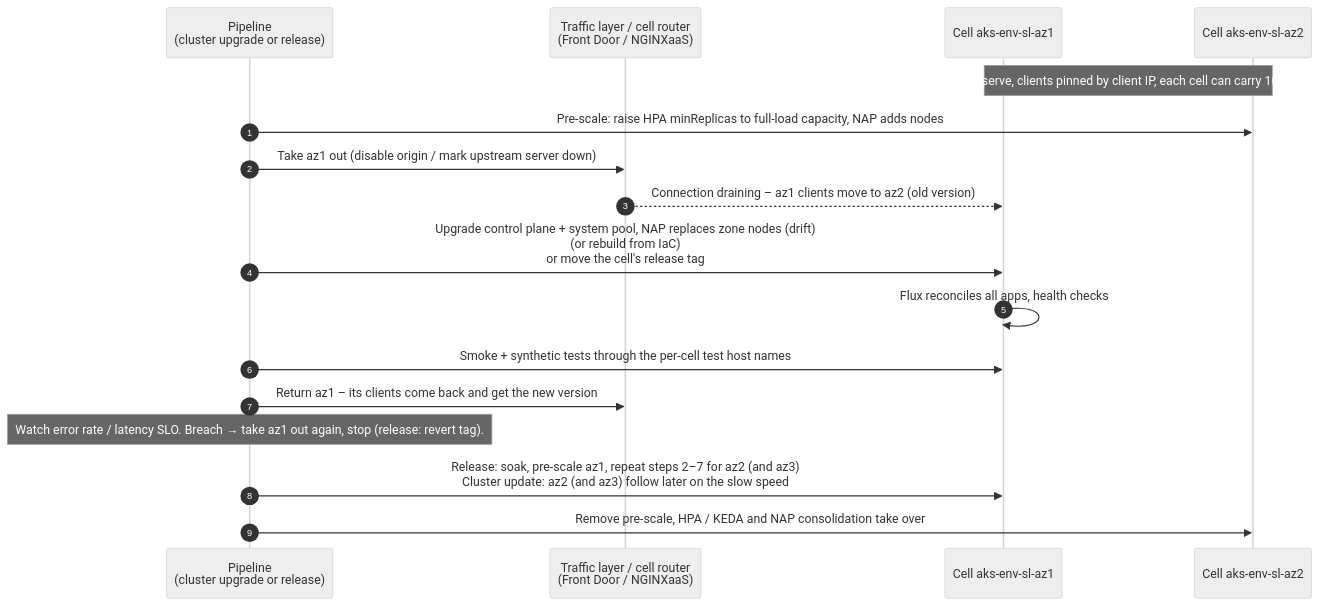
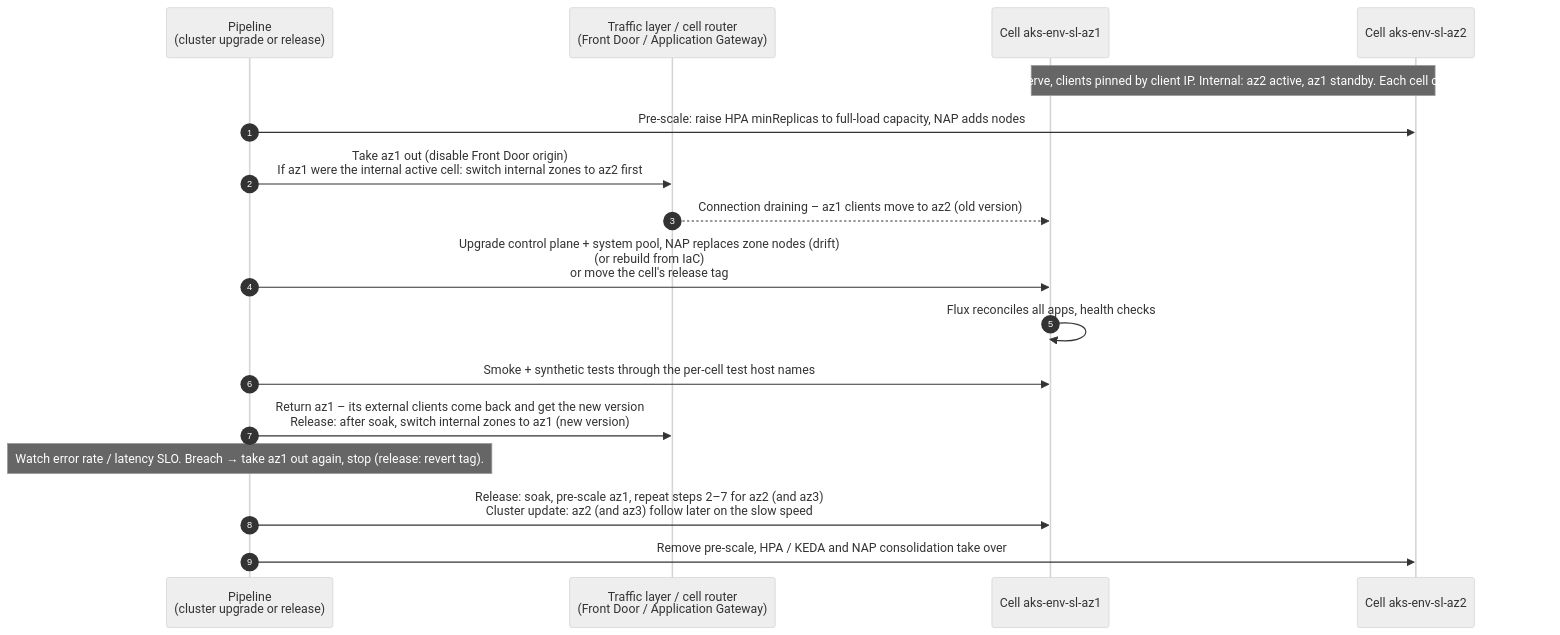
The diagram in diagrams/11-stateless-upgrade.mmd (olljanat-ai/aks-design), drawn with Mermaid (neutral theme) before and after one commit. The commit also changed 18 other files, not shown here.

First line of the commit message:
Internal zones active-passive behind Application Gateway, remove NGINXaaS

```diff
--- a/diagrams/11-stateless-upgrade.mmd
+++ b/diagrams/11-stateless-upgrade.mmd
@@ -1,19 +1,19 @@
 %% Zero-downtime change of the cells (stateless clusters): one cell at a time is drained from the traffic layer,
 %% changed (cluster upgrade, rebuild or application release), verified and put back. Same pipeline in dev, acc, prd.
 sequenceDiagram
     autonumber
     participant P as Pipeline<br/>(cluster upgrade or release)
-    participant T as Traffic layer / cell router<br/>(Front Door / NGINXaaS)
+    participant T as Traffic layer / cell router<br/>(Front Door / Application Gateway)
     participant A as Cell aks-env-sl-az1
     participant B as Cell aks-env-sl-az2
-    Note over A,B: Both cells serve, clients pinned by client IP, each cell can carry 100 % (N+1)
+    Note over A,B: External: both cells serve, clients pinned by client IP. Internal: az2 active, az1 standby. Each cell can carry 100 % (N+1)
     P->>B: Pre-scale: raise HPA minReplicas to full-load capacity, NAP adds nodes
-    P->>T: Take az1 out (disable origin / mark upstream server down)
+    P->>T: Take az1 out (disable Front Door origin)<br/>If az1 were the internal active cell: switch internal zones to az2 first
     T-->>A: Connection draining – az1 clients move to az2 (old version)
     P->>A: Upgrade control plane + system pool, NAP replaces zone nodes (drift)<br/>(or rebuild from IaC)<br/>or move the cell's release tag
     A->>A: Flux reconciles all apps, health checks
     P->>A: Smoke + synthetic tests through the per-cell test host names
-    P->>T: Return az1 – its clients come back and get the new version
+    P->>T: Return az1 – its external clients come back and get the new version<br/>Release: after soak, switch internal zones to az1 (new version)
     Note over P: Watch error rate / latency SLO. Breach → take az1 out again, stop (release: revert tag).
     P->>A: Release: soak, pre-scale az1, repeat steps 2–7 for az2 (and az3)<br/>Cluster update: az2 (and az3) follow later on the slow speed
     P->>B: Remove pre-scale, HPA / KEDA and NAP consolidation take over
```
